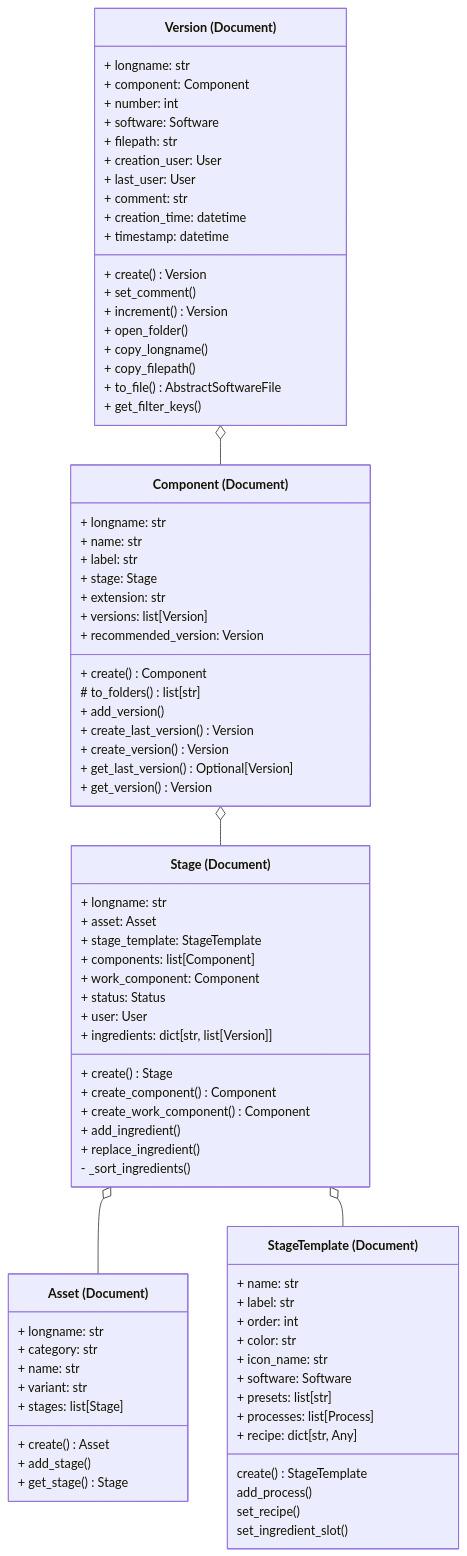
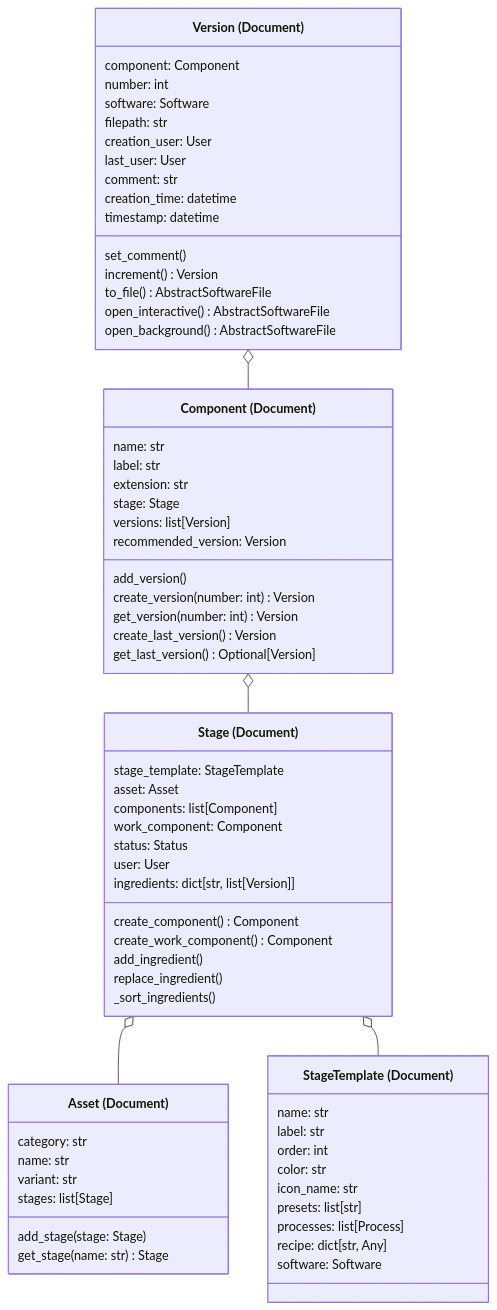
One commit to Martin-Chailloux/Zephyr changed the diagram in Documentation/docs/reference/assets_structure.md. Above: the diagram before and after it, drawn with Mermaid. The commit also changed other lines of this file and 29 other files, not shown here.

````diff
--- a/Documentation/docs/reference/assets_structure.md
+++ b/Documentation/docs/reference/assets_structure.md
@@ -36,89 +39,74 @@
     Component --o Version
 
     class Asset["Asset (Document)"]{
-        + longname: str
-        + category: str
-        + name: str
-        + variant: str
-        + stages: list[Stage]
+        category: str
+        name: str
+        variant: str
+        stages: list[Stage]
         
-        + create() Asset
-        + add_stage()
-        + get_stage() Stage
+        add_stage(stage: Stage)
+        get_stage(name: str) Stage
     }
     
     class StageTemplate["StageTemplate (Document)"]{
-        + name: str
-        + label: str
-        + order: int
-        + color: str
-        + icon_name: str
-        + software: Software
-        + presets: list[str]
-        + processes: list[Process]
-        + recipe: dict[str, Any]
+        name: str
+        label: str
+        order: int
+        color: str
+        icon_name: str
         
-        create() StageTemplate
-        add_process()
-        set_recipe()
-        set_ingredient_slot()
+        presets: list[str]
+        processes: list[Process]
+        recipe: dict[str, Any]
+        software: Software
     }
     
     class Stage["Stage (Document)"]{
-        + longname: str
-        + asset: Asset
-        + stage_template: StageTemplate
-        + components: list[Component]
-        + work_component: Component
-        + status: Status
-        + user: User
-        + ingredients: dict[str, list[Version]]
+        stage_template: StageTemplate
+        asset: Asset
+        components: list[Component]
+        work_component: Component
+        status: Status
+        user: User
+        ingredients: dict[str, list[Version]]
         
-        + create() Stage
-        + create_component() Component
-        + create_work_component() Component
-        + add_ingredient()
-        + replace_ingredient()
-        - _sort_ingredients()
+        create_component() Component
+        create_work_component() Component
+        add_ingredient()
+        replace_ingredient()
+        _sort_ingredients()
     }
     
     class Component["Component (Document)"]{
-        + longname: str
-        + name: str
-        + label: str
-        + stage: Stage
-        + extension: str
-        + versions: list[Version]
-        + recommended_version: Version
+        name: str
+        label: str
+        extension: str
+        stage: Stage
+        versions: list[Version]
+        recommended_version: Version
         
-        + create() Component
-        # to_folders() list[str]
-        + add_version()
-        + create_last_version() Version
-        + create_version() Version
-        + get_last_version() Optional[Version]
-        + get_version() Version
+        add_version()
+        create_version(number: int) Version
+        get_version(number: int) Version
+        create_last_version() Version
+        get_last_version() Optional[Version]
     }
     
     class Version["Version (Document)"]{
-        + longname: str
-        + component: Component
-        + number: int
-        + software: Software
-        + filepath: str
-        + creation_user: User
-        + last_user: User
-        + comment: str
-        + creation_time: datetime
-        + timestamp: datetime
+        component: Component
+        number: int
+        software: Software
+        filepath: str
+        creation_user: User
+        last_user: User
+        comment: str
+        creation_time: datetime
+        timestamp: datetime
         
-        + create() Version
-        + set_comment()
-        + increment() Version
-        + open_folder()
-        + copy_longname()
-        + copy_filepath()
-        + to_file() AbstractSoftwareFile
-        + get_filter_keys()
+        set_comment()
+        increment() Version
+        to_file() AbstractSoftwareFile
+        open_interactive() AbstractSoftwareFile
+        open_background() AbstractSoftwareFile
     }
 ```
````
